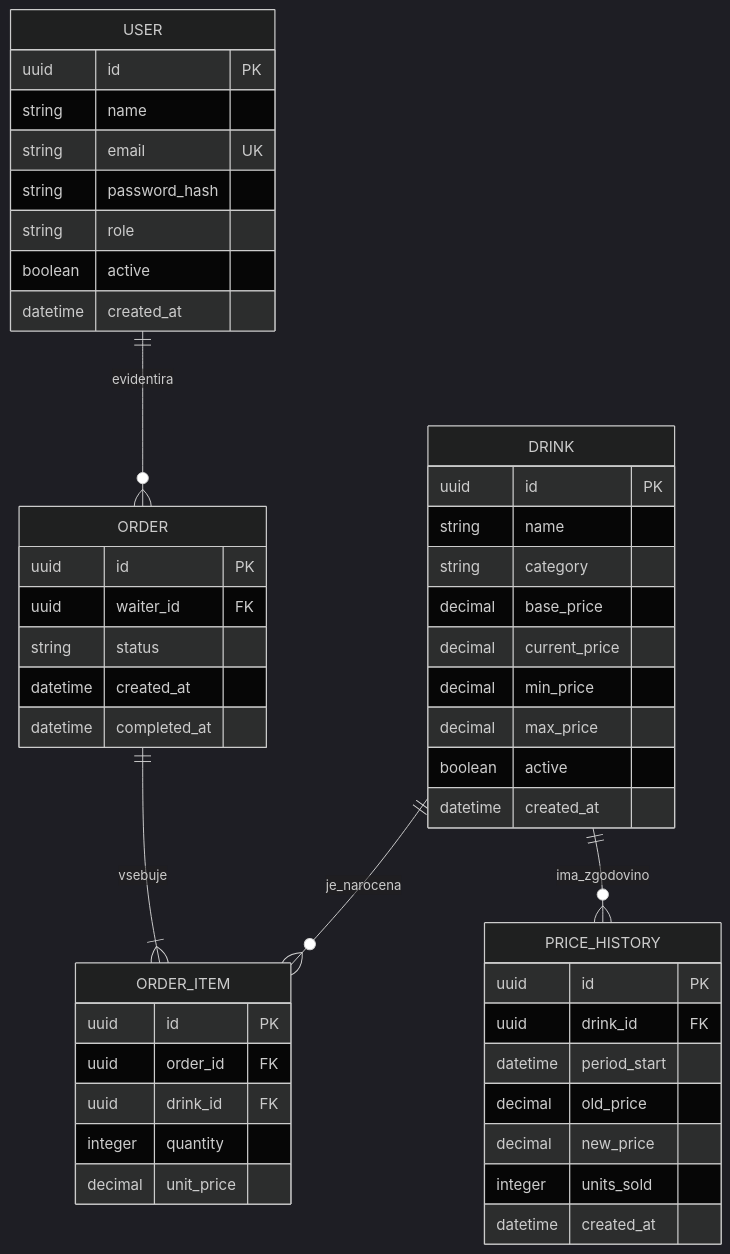
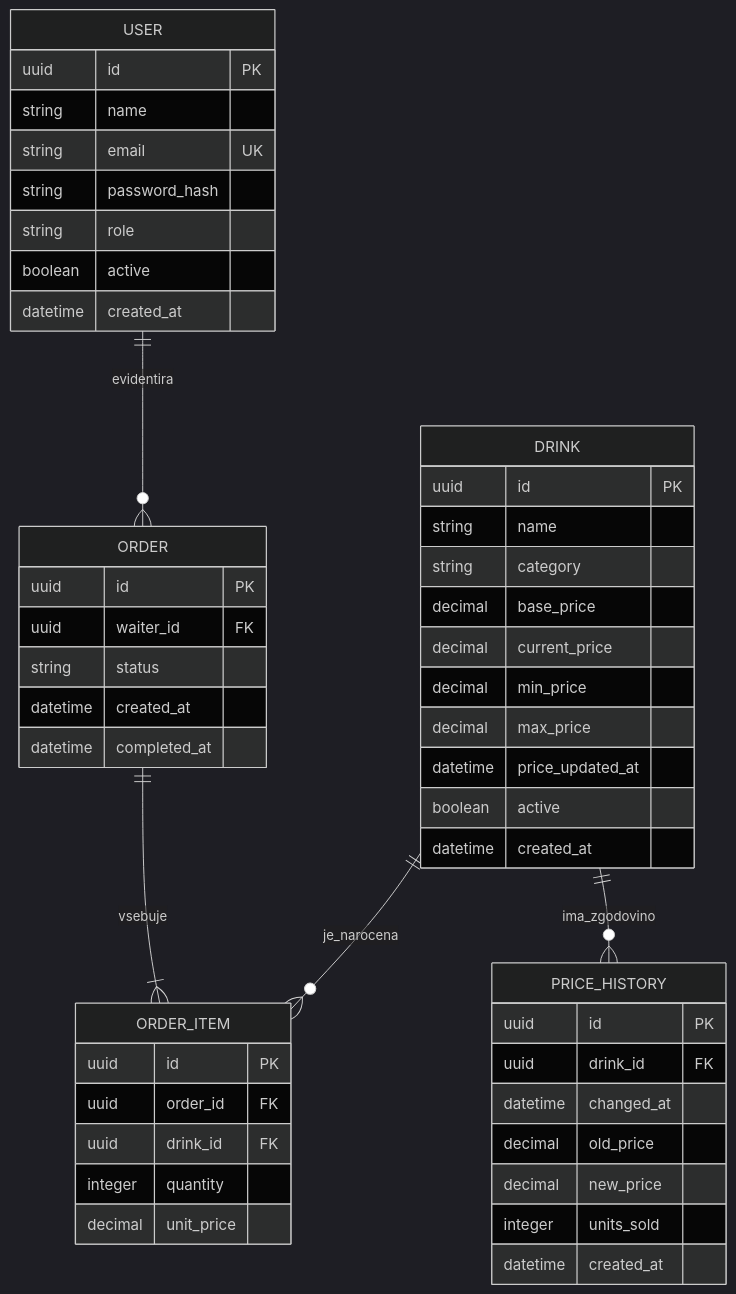
Before and after one commit to neoxk/drinkExchange: the diagram in docs/03-podatkovni-model.md, drawn with Mermaid (dark theme). The commit also changed other lines of this file and 33 other files, not shown here.

````diff
--- a/docs/03-podatkovni-model.md
+++ b/docs/03-podatkovni-model.md
@@ -24,51 +24,52 @@
 ```mermaid
 erDiagram
     USER ||--o{ ORDER : evidentira
     ORDER ||--|{ ORDER_ITEM : vsebuje
     DRINK ||--o{ ORDER_ITEM : je_narocena
     DRINK ||--o{ PRICE_HISTORY : ima_zgodovino
 
     USER {
         uuid id PK
         string name
         string email UK
         string password_hash
         string role
         boolean active
         datetime created_at
     }
     DRINK {
         uuid id PK
         string name
         string category
         decimal base_price
         decimal current_price
         decimal min_price
         decimal max_price
+        datetime price_updated_at
         boolean active
         datetime created_at
     }
     ORDER {
         uuid id PK
         uuid waiter_id FK
         string status
         datetime created_at
         datetime completed_at
     }
     ORDER_ITEM {
         uuid id PK
         uuid order_id FK
         uuid drink_id FK
         integer quantity
         decimal unit_price
     }
     PRICE_HISTORY {
         uuid id PK
         uuid drink_id FK
-        datetime period_start
+        datetime changed_at
         decimal old_price
         decimal new_price
         integer units_sold
         datetime created_at
     }
 ```
````
